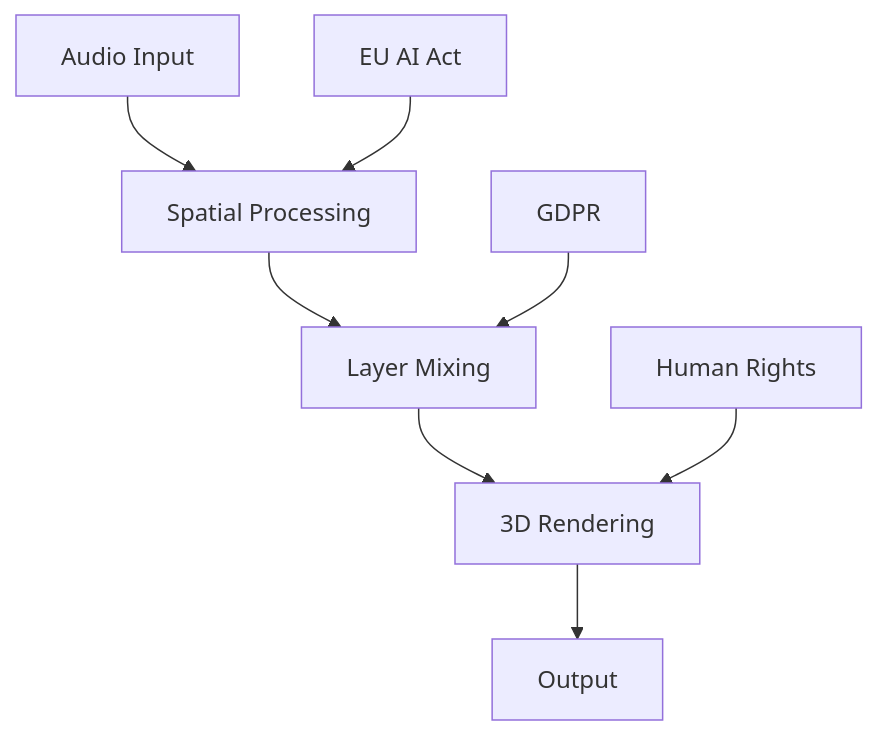
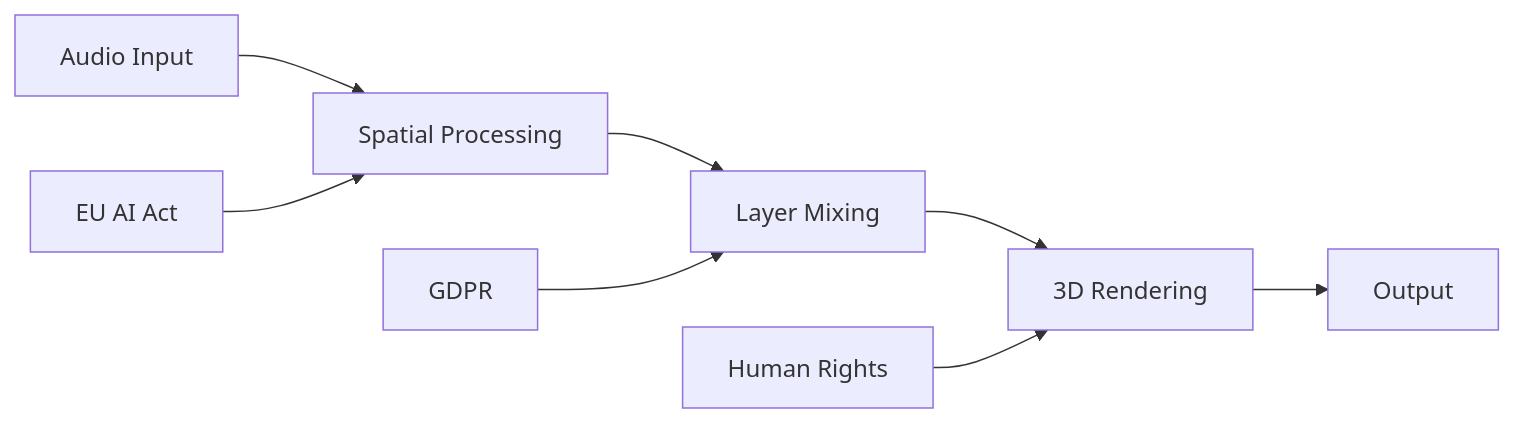
Before and after one commit to statesflowwishes-sketch/4a3C5u2S7T1i3C: the diagram in QUICKSTART.md, drawn with Mermaid.

Commit message:
🔧 Fix QUICKSTART.md Mermaid Diagram
- Simplified mermaid diagram syntax
- Changed from 'graph TD' to 'flowchart LR' for better rendering
- Maintained visual information and flow logic

````diff
--- a/QUICKSTART.md
+++ b/QUICKSTART.md
@@ -15,11 +15,11 @@
 ```mermaid
-graph TD
+flowchart LR
     A[Audio Input] --> B[Spatial Processing]
     B --> C[Layer Mixing]
     C --> D[3D Rendering]
     D --> E[Output]
     
     F[EU AI Act] --> B
     G[GDPR] --> C
     H[Human Rights] --> D
 ```
````
